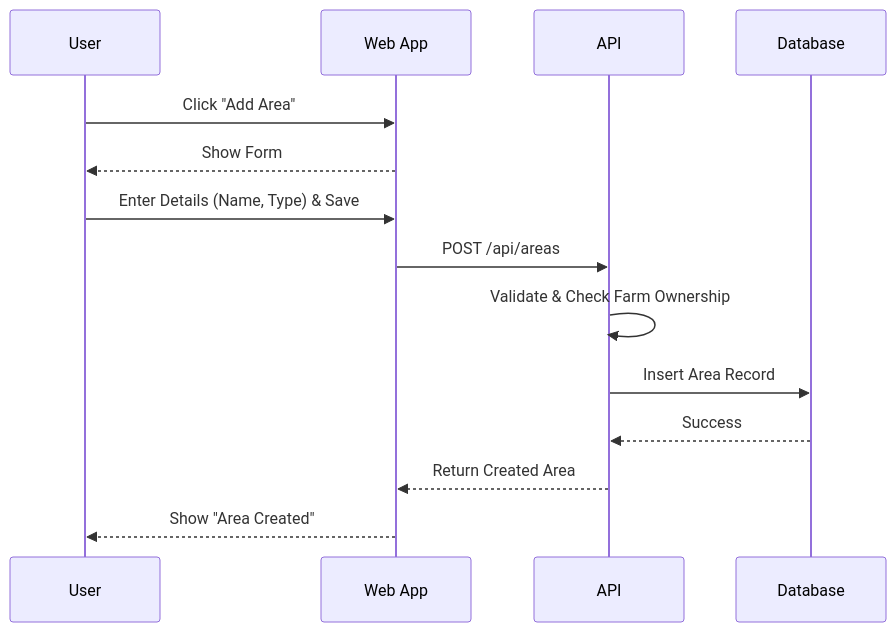
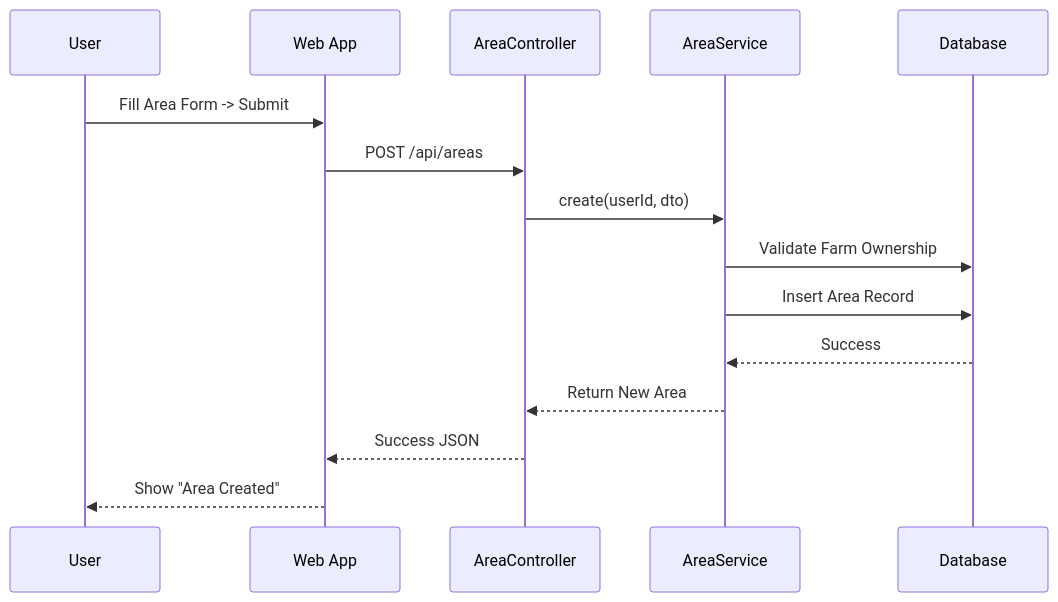
Before and after one commit to duong4444/agribot-dev: the first of 3 diagrams in DOC-TTCS/cultivation_area_docs.md, drawn with Mermaid. The commit also changed other lines of this file and 7 other files, not shown here.

````diff
--- a/DOC-TTCS/cultivation_area_docs.md
+++ b/DOC-TTCS/cultivation_area_docs.md
@@ -44,17 +44,19 @@
 ```mermaid
 sequenceDiagram
     participant U as User
     participant FE as Web App
-    participant BE as API
+    participant CTL as AreaController
+    participant SVC as AreaService
     participant DB as Database
 
-    U->>FE: Click "Add Area"
-    FE-->>U: Show Form
-    U->>FE: Enter Details (Name, Type) & Save
-    FE->>BE: POST /api/areas
-    BE->>BE: Validate & Check Farm Ownership
-    BE->>DB: Insert Area Record
-    DB-->>BE: Success
-    BE-->>FE: Return Created Area
+    U->>FE: Fill Area Form -> Submit
+    FE->>CTL: POST /api/areas
+    CTL->>SVC: create(userId, dto)
+    
+    SVC->>DB: Validate Farm Ownership
+    SVC->>DB: Insert Area Record
+    DB-->>SVC: Success
+    SVC-->>CTL: Return New Area
+    CTL-->>FE: Success JSON
     FE-->>U: Show "Area Created"
 ```
````
